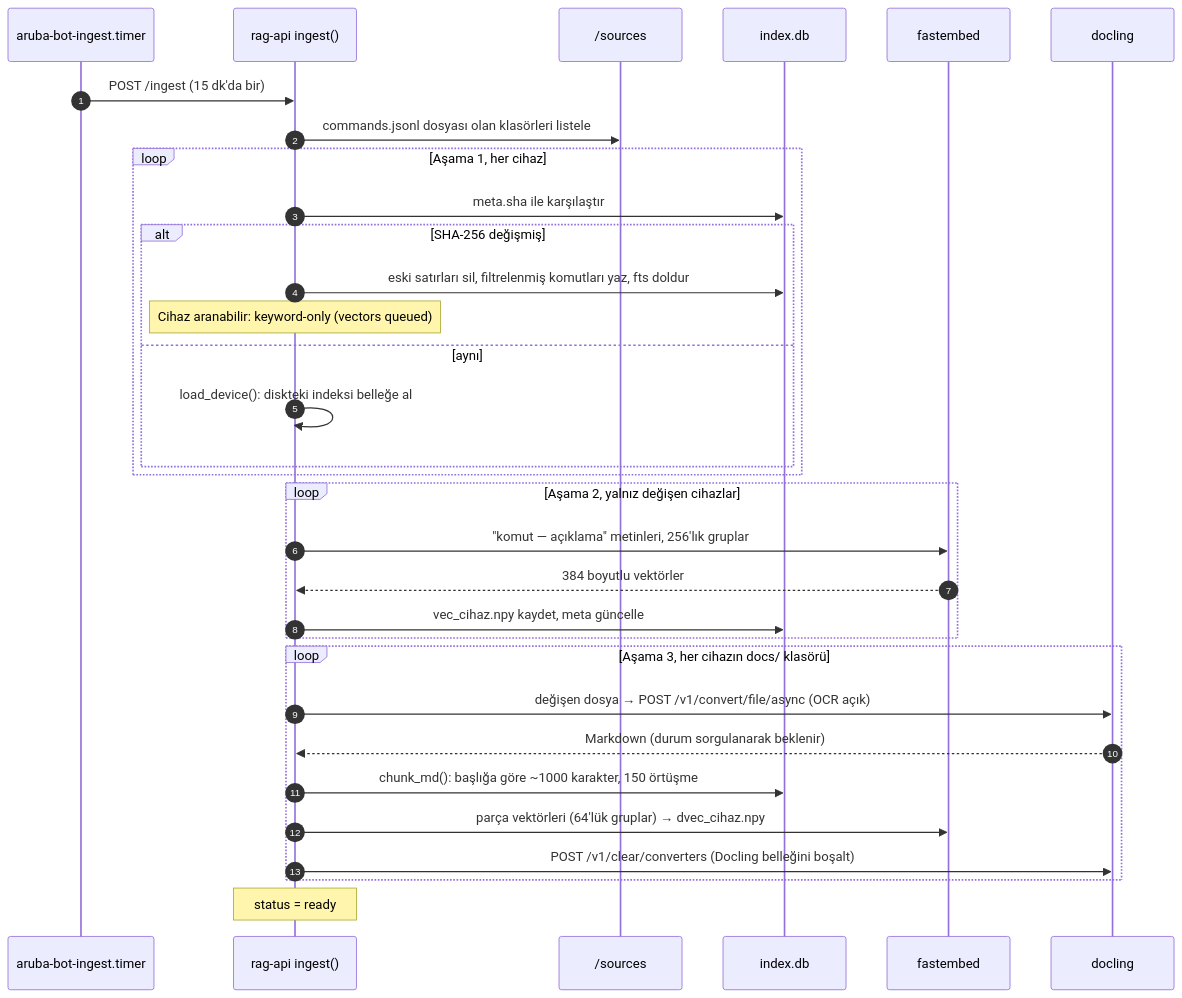
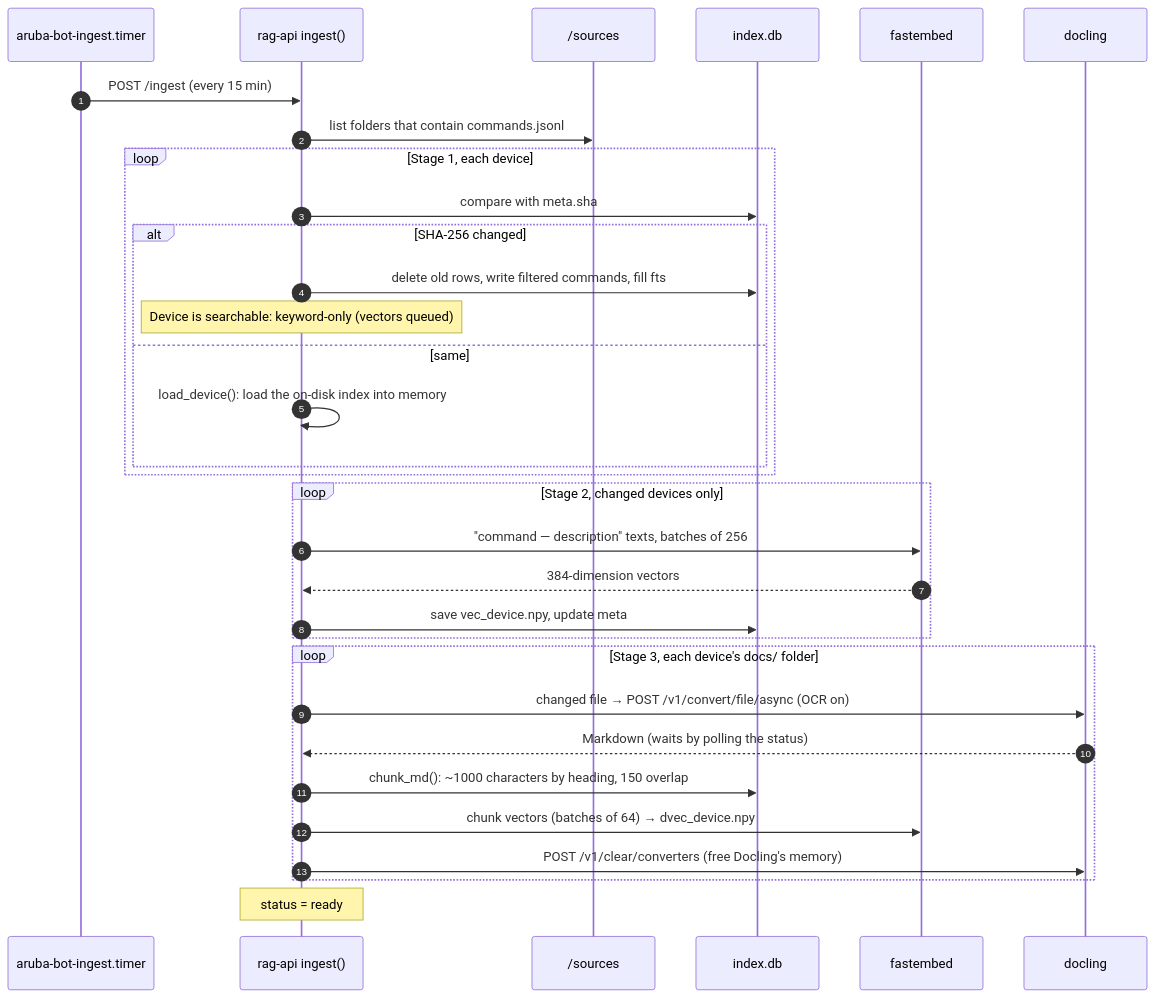
Before and after one commit to emreyigit-tasdelen/Sensei-Aruba: the second of 5 diagrams in docs/architecture.md, drawn with Mermaid. The commit also changed other lines of this file and 16 other files, not shown here.

````diff
--- a/docs/architecture.md
+++ b/docs/architecture.md
@@ -110,35 +112,35 @@
 ```mermaid
 sequenceDiagram
     autonumber
     participant T as aruba-bot-ingest.timer
     participant R as rag-api ingest()
     participant S as /sources
     participant DB as index.db
     participant E as fastembed
     participant D as docling
 
-    T->>R: POST /ingest (15 dk'da bir)
-    R->>S: commands.jsonl dosyası olan klasörleri listele
-    loop Aşama 1, her cihaz
-        R->>DB: meta.sha ile karşılaştır
-        alt SHA-256 değişmiş
-            R->>DB: eski satırları sil, filtrelenmiş komutları yaz, fts doldur
-            Note over R: Cihaz aranabilir: keyword-only (vectors queued)
-        else aynı
-            R->>R: load_device(): diskteki indeksi belleğe al
+    T->>R: POST /ingest (every 15 min)
+    R->>S: list folders that contain commands.jsonl
+    loop Stage 1, each device
+        R->>DB: compare with meta.sha
+        alt SHA-256 changed
+            R->>DB: delete old rows, write filtered commands, fill fts
+            Note over R: Device is searchable: keyword-only (vectors queued)
+        else same
+            R->>R: load_device(): load the on-disk index into memory
         end
     end
-    loop Aşama 2, yalnız değişen cihazlar
-        R->>E: "komut — açıklama" metinleri, 256'lık gruplar
-        E-->>R: 384 boyutlu vektörler
-        R->>DB: vec_cihaz.npy kaydet, meta güncelle
+    loop Stage 2, changed devices only
+        R->>E: "command — description" texts, batches of 256
+        E-->>R: 384-dimension vectors
+        R->>DB: save vec_device.npy, update meta
     end
-    loop Aşama 3, her cihazın docs/ klasörü
-        R->>D: değişen dosya → POST /v1/convert/file/async (OCR açık)
-        D-->>R: Markdown (durum sorgulanarak beklenir)
-        R->>DB: chunk_md(): başlığa göre ~1000 karakter, 150 örtüşme
-        R->>E: parça vektörleri (64'lük gruplar) → dvec_cihaz.npy
-        R->>D: POST /v1/clear/converters (Docling belleğini boşalt)
+    loop Stage 3, each device's docs/ folder
+        R->>D: changed file → POST /v1/convert/file/async (OCR on)
+        D-->>R: Markdown (waits by polling the status)
+        R->>DB: chunk_md(): ~1000 characters by heading, 150 overlap
+        R->>E: chunk vectors (batches of 64) → dvec_device.npy
+        R->>D: POST /v1/clear/converters (free Docling's memory)
     end
     Note over R: status = ready
 ```
````
